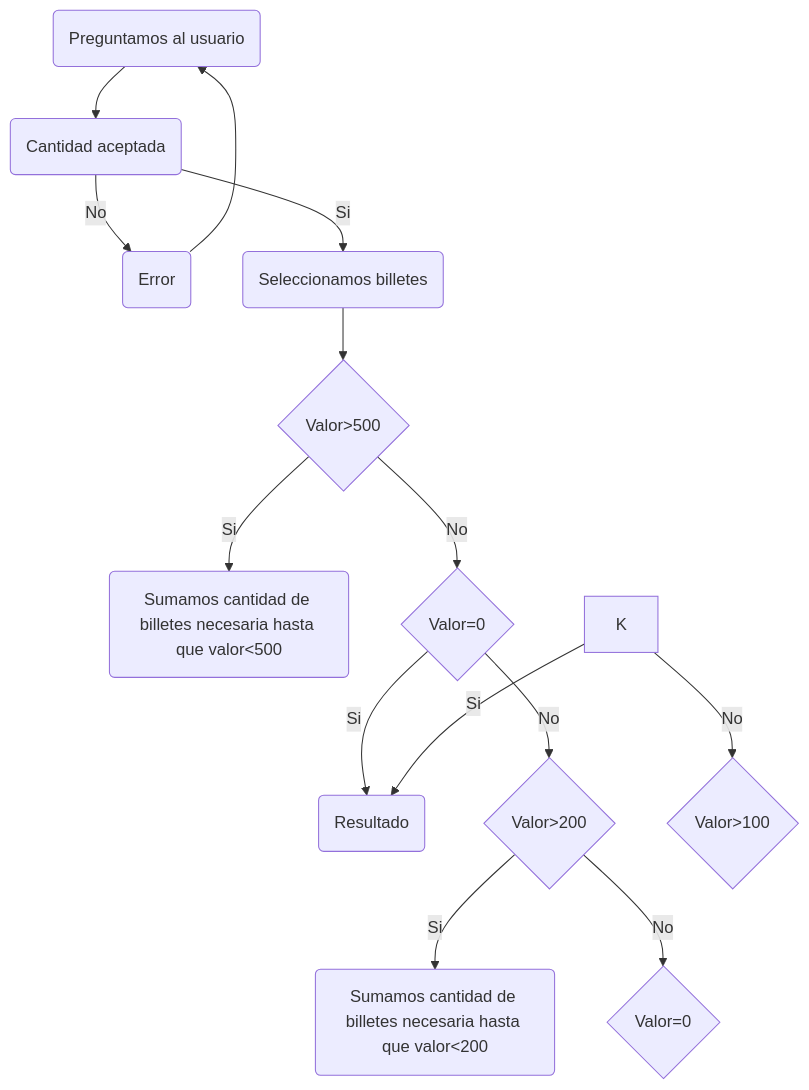
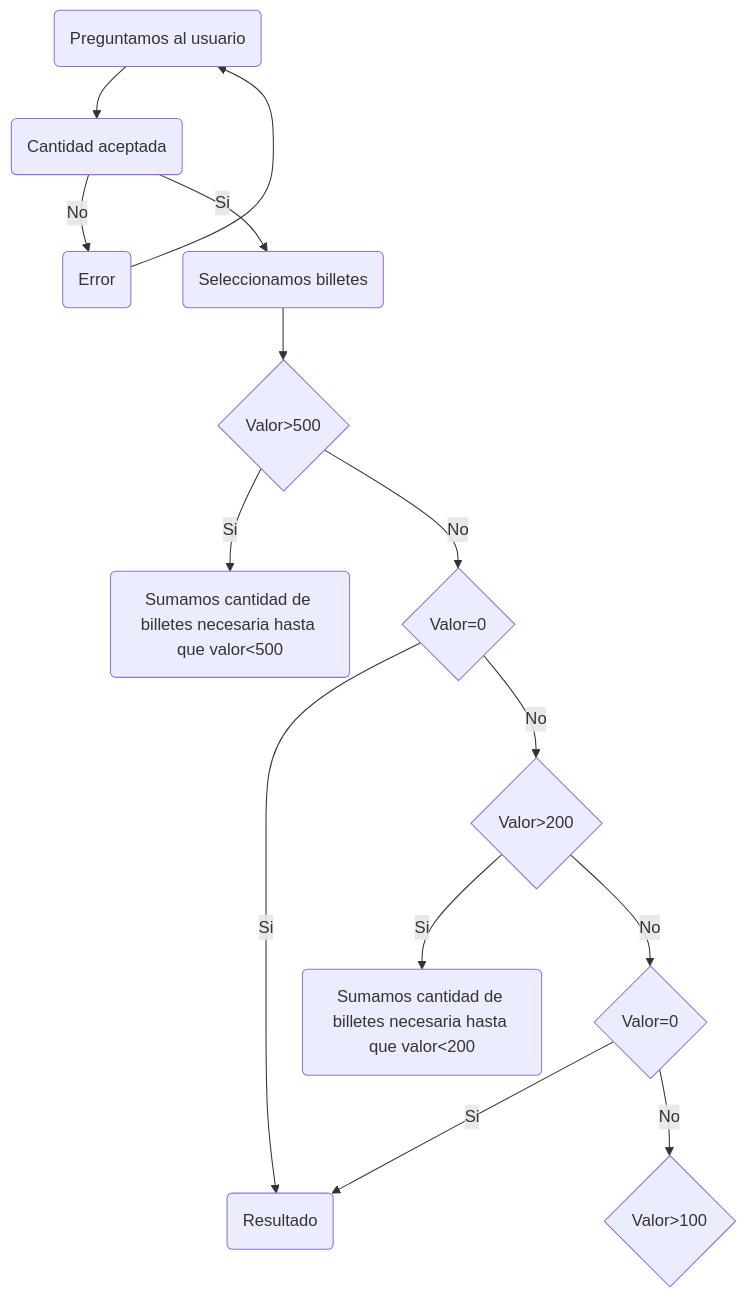
The first of 2 diagrams in README.md (PachecoASIR/Diagramas), drawn with Mermaid before and after one commit.

````diff
--- a/README.md
+++ b/README.md
@@ -9,16 +9,16 @@
 ```mermaid
 graph TD
     A(Preguntamos al usuario) -->B(Cantidad aceptada)
     B -->|No| C(Error)
     B -->|Si| D(Seleccionamos billetes)
     C --> A
     D --> E{Valor>500}
     E -->|Si| F(Sumamos cantidad de billetes necesaria hasta que valor<500)
     E -->|No| G{Valor=0}
     G -->|Si| Z(Resultado)
     G -->|No| H{Valor>200}
     H -->|Si| I(Sumamos cantidad de billetes necesaria hasta que valor<200)
     H -->|No| J{Valor=0}
-    K -->|Si| Z(Resultado)
-    K -->|No| L{Valor>100}
+    J -->|Si| Z(Resultado)
+    J -->|No| K{Valor>100}
 ```
````
